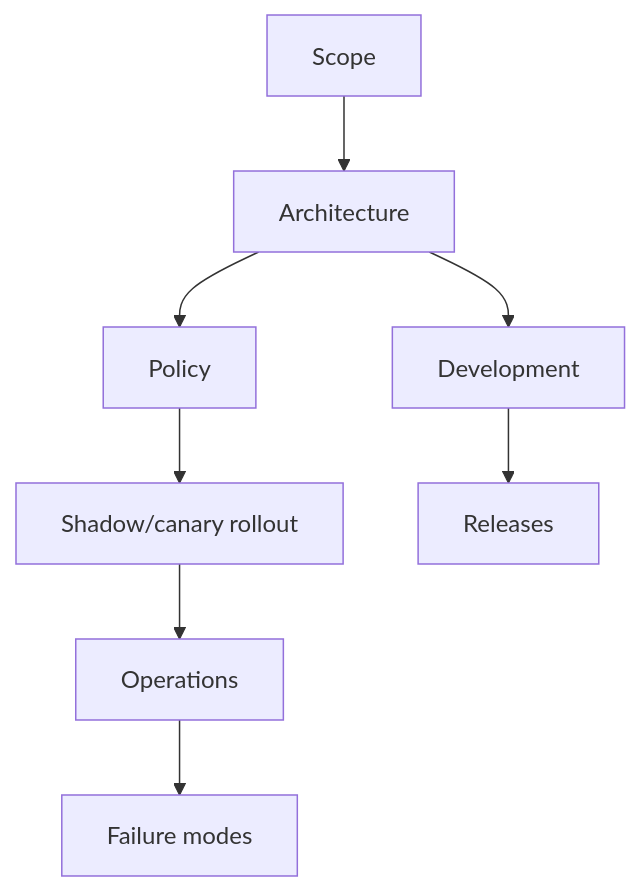
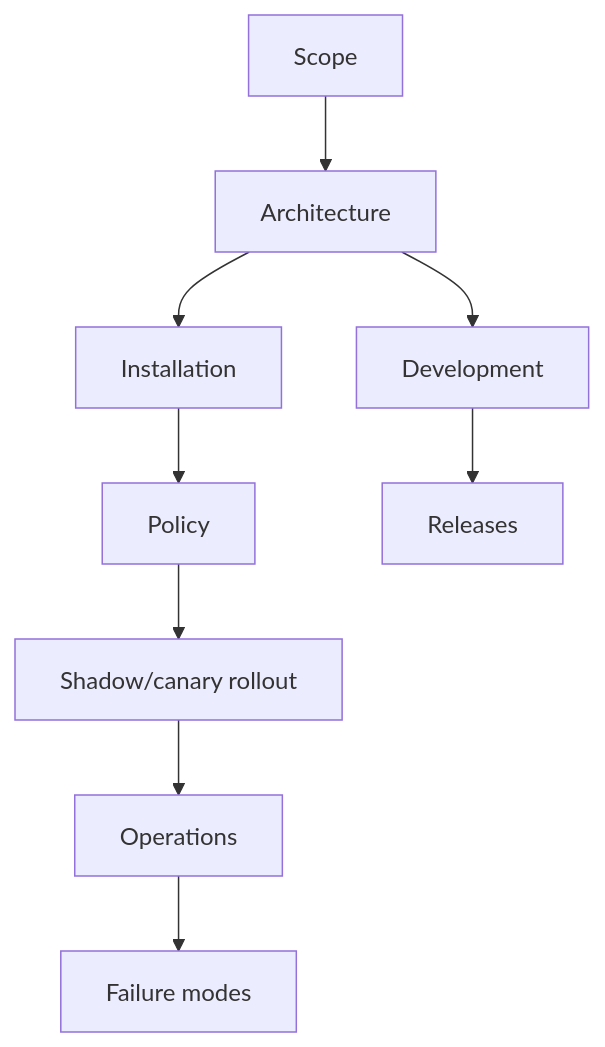
Before and after one commit to WaylonSmithersJr/github-agent-bridge: the diagram in docs/README.md, drawn with Mermaid. The commit also changed other lines of this file and 8 other files, not shown here.

````diff
--- a/docs/README.md
+++ b/docs/README.md
@@ -21,10 +22,11 @@
 ```mermaid
 flowchart TD
     A[Scope] --> B[Architecture]
-    B --> C[Policy]
+    B --> I[Installation]
+    I --> C[Policy]
     C --> D[Shadow/canary rollout]
     D --> E[Operations]
     B --> F[Development]
     F --> G[Releases]
     E --> H[Failure modes]
 ```
````
